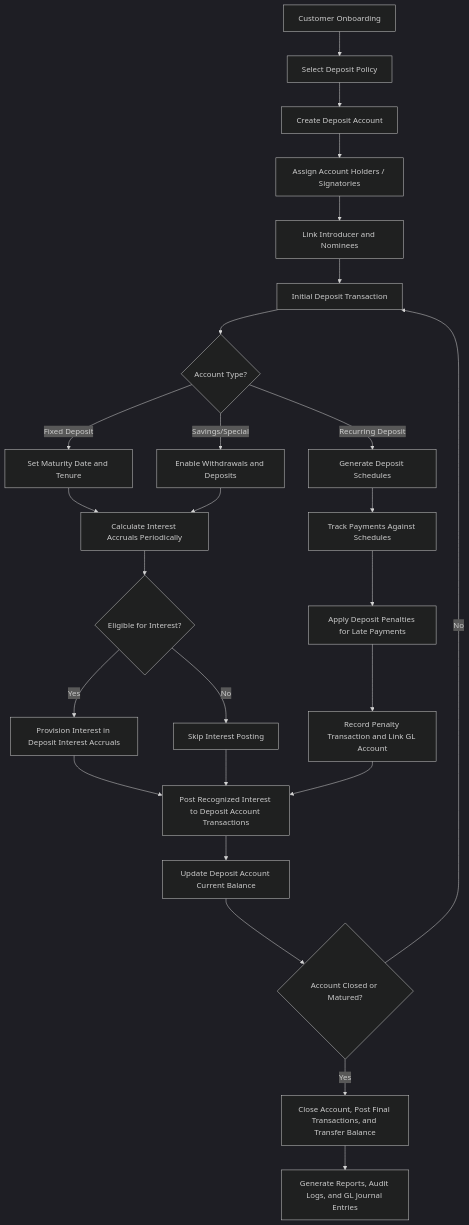
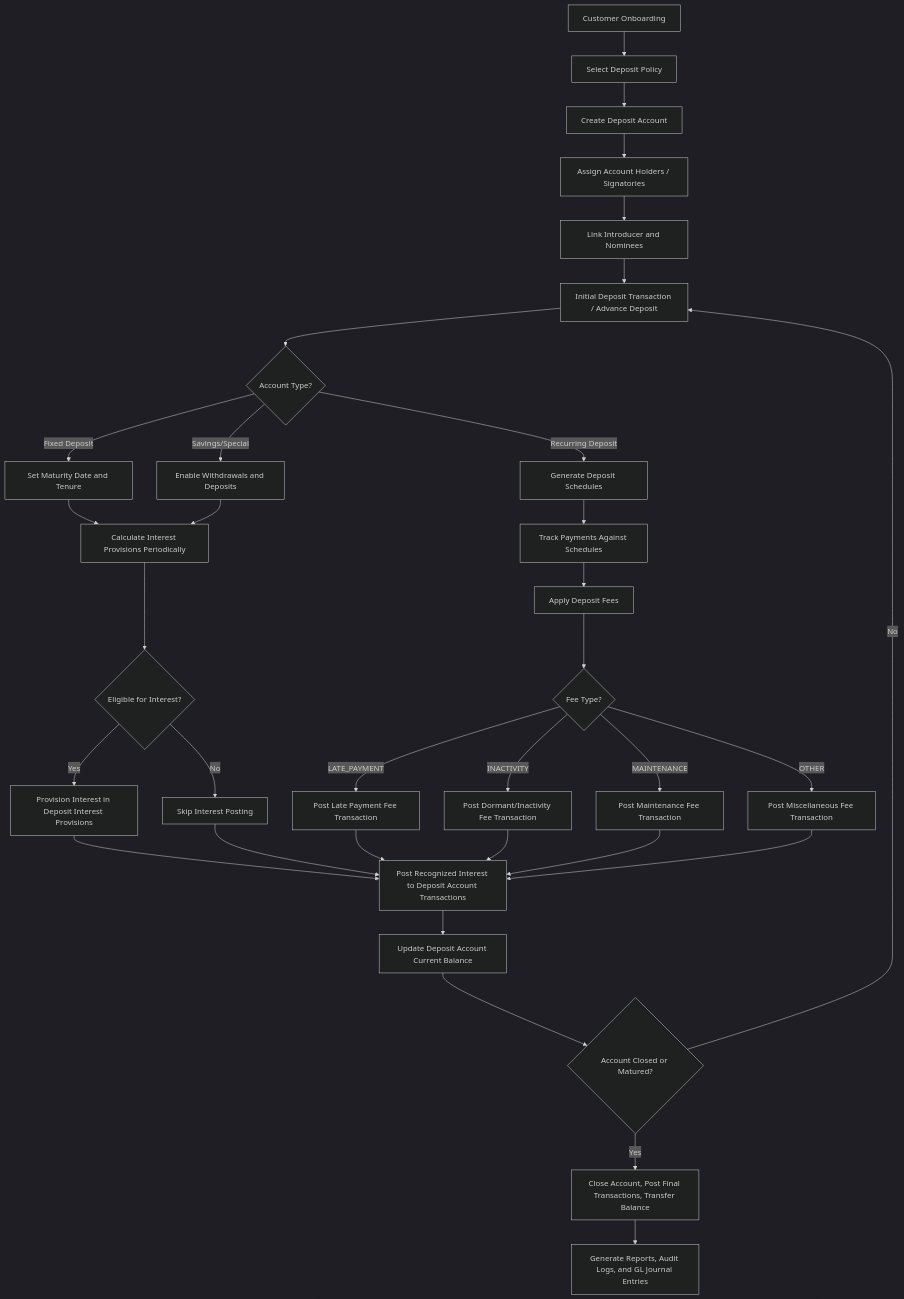
The second of 2 diagrams in _docs/schema_v1/005_deposit_management.md (Newton-Mitro/cu_core), drawn with Mermaid (dark theme) before and after one commit. The commit also changed other lines of this file and 2 other files, not shown here.

````diff
--- a/_docs/schema_v1/005_deposit_management.md
+++ b/_docs/schema_v1/005_deposit_management.md
@@ -294,34 +270,43 @@
 ```mermaid
 flowchart TD
     A[Customer Onboarding] --> B[Select Deposit Policy]
     B --> C[Create Deposit Account]
     C --> D[Assign Account Holders / Signatories]
     D --> E[Link Introducer and Nominees]
-    E --> F[Initial Deposit Transaction]
+    E --> F[Initial Deposit Transaction / Advance Deposit]
+
     F --> G{Account Type?}
     G -->|Recurring Deposit| H[Generate Deposit Schedules]
     G -->|Fixed Deposit| I[Set Maturity Date and Tenure]
     G -->|Savings/Special| J[Enable Withdrawals and Deposits]
 
     H --> K[Track Payments Against Schedules]
-    I --> L[Calculate Interest Accruals Periodically]
+    I --> L[Calculate Interest Provisions Periodically]
     J --> L
 
-    K --> M[Apply Deposit Penalties for Late Payments]
-    M --> N[Record Penalty Transaction and Link GL Account]
+    K --> M[Apply Deposit Fees]
+    M --> M1{Fee Type?}
+    M1 -->|LATE_PAYMENT| N[Post Late Payment Fee Transaction]
+    M1 -->|INACTIVITY| N1[Post Dormant/Inactivity Fee Transaction]
+    M1 -->|MAINTENANCE| N2[Post Maintenance Fee Transaction]
+    M1 -->|OTHER| N3[Post Miscellaneous Fee Transaction]
 
     L --> O{Eligible for Interest?}
-    O -->|Yes| P[Provision Interest in Deposit Interest Accruals]
+    O -->|Yes| P[Provision Interest in Deposit Interest Provisions]
     O -->|No| P1[Skip Interest Posting]
 
     P --> Q[Post Recognized Interest to Deposit Account Transactions]
     P1 --> Q
 
     N --> Q
+    N1 --> Q
+    N2 --> Q
+    N3 --> Q
+
     Q --> R[Update Deposit Account Current Balance]
     R --> S{Account Closed or Matured?}
-    S -->|Yes| T[Close Account, Post Final Transactions, and Transfer Balance]
+    S -->|Yes| T[Close Account, Post Final Transactions, Transfer Balance]
     S -->|No| F
 
     T --> U[Generate Reports, Audit Logs, and GL Journal Entries]
 ```
````
